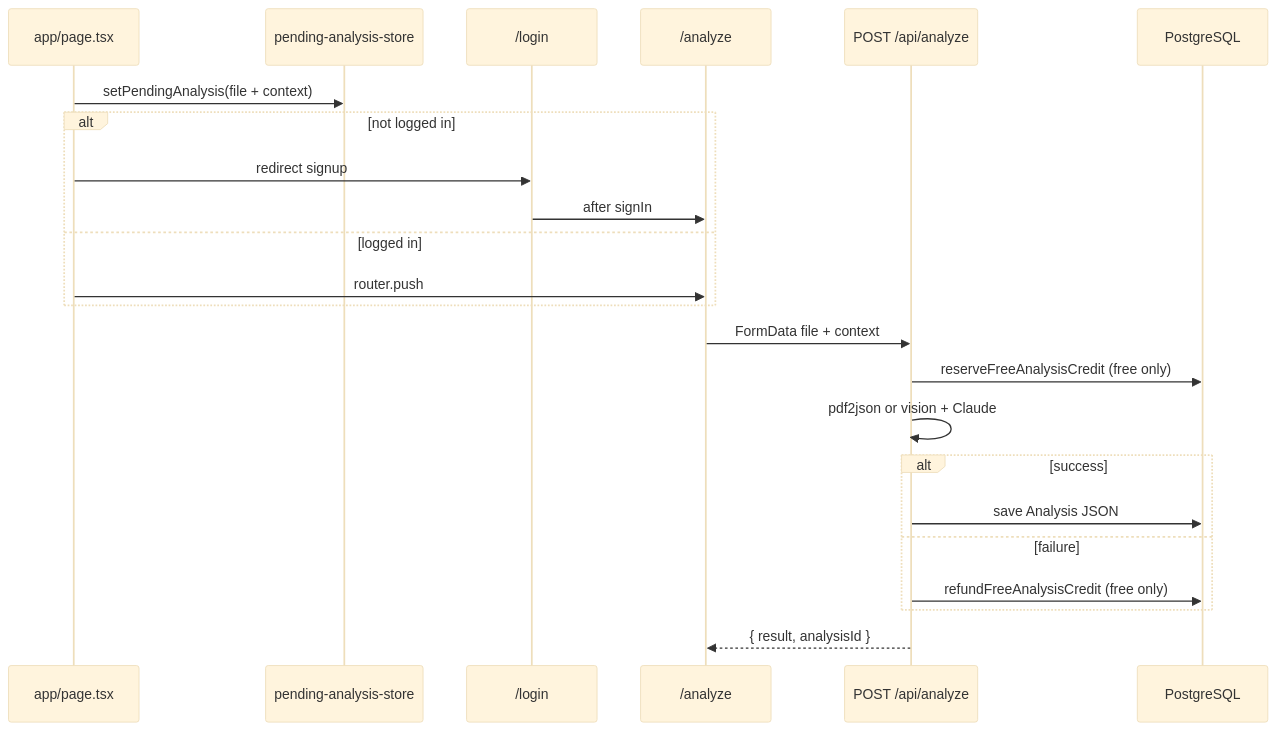
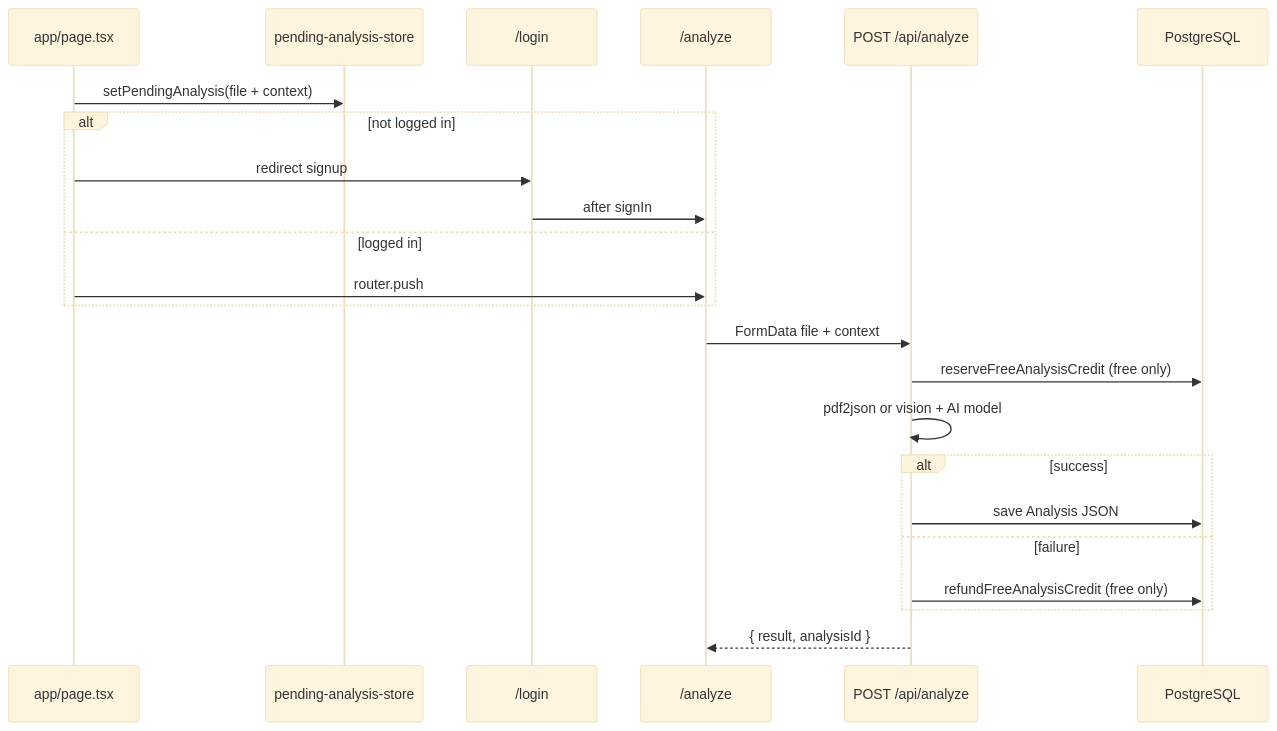
Before and after one commit to sahajpatel123/cleardoc: the diagram in CLAUDE.md, drawn with Mermaid (base theme). The commit also changed other lines of this file and 10 other files, not shown here.

First line of the commit message:
Replace Anthropic Claude with NVIDIA NIM API

````diff
--- a/CLAUDE.md
+++ b/CLAUDE.md
@@ -154,26 +154,26 @@
 ```mermaid
 sequenceDiagram
   participant Home as app/page.tsx
   participant Store as pending-analysis-store
   participant Login as /login
   participant Analyze as /analyze
   participant API as POST /api/analyze
   participant DB as PostgreSQL
 
   Home->>Store: setPendingAnalysis(file + context)
   alt not logged in
     Home->>Login: redirect signup
     Login->>Analyze: after signIn
   else logged in
     Home->>Analyze: router.push
   end
   Analyze->>API: FormData file + context
   API->>DB: reserveFreeAnalysisCredit (free only)
-  API->>API: pdf2json or vision + Claude
+  API->>API: pdf2json or vision + AI model
   alt success
     API->>DB: save Analysis JSON
   else failure
     API->>DB: refundFreeAnalysisCredit (free only)
   end
   API-->>Analyze: { result, analysisId }
 ```
````
